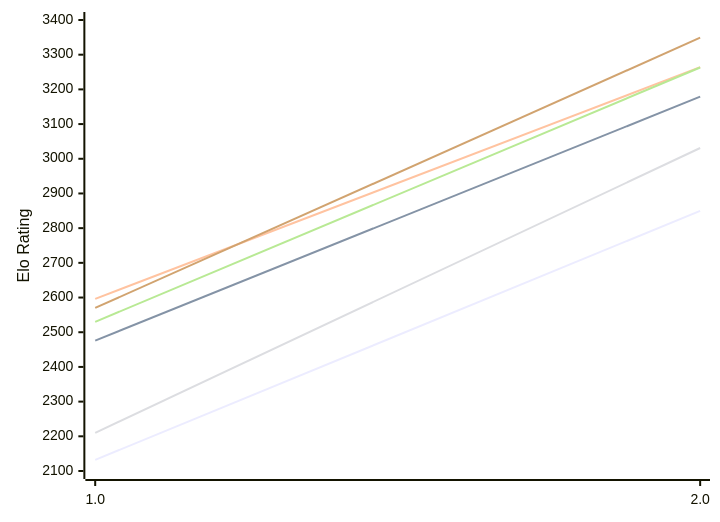
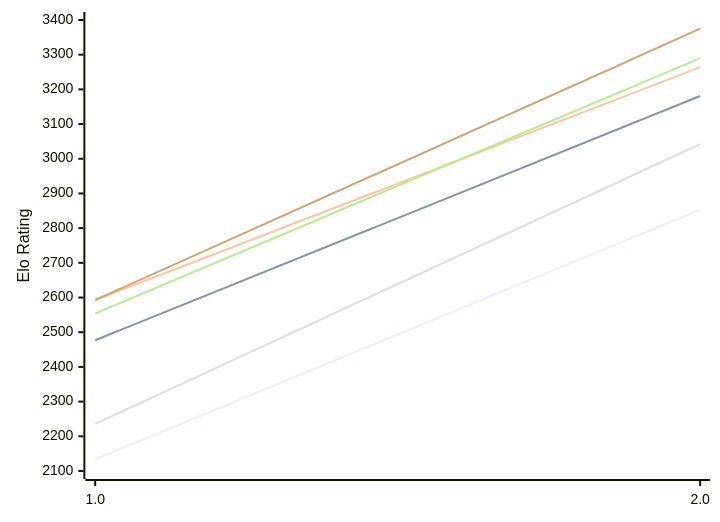
The diagram in engines/Scarlet.md (computer-chess-index/cci), drawn with Mermaid before and after one commit. The commit also changed other lines of this file, not shown here.

Commit message:
Update CCI Ratings (ELO VLTC) - 2026-11-04

````diff
--- a/engines/Scarlet.md
+++ b/engines/Scarlet.md
@@ -49,12 +49,12 @@
 ```mermaid
 %%{init: {"theme":"base","themeVariables":{"seriesColors:['#a3a3a3','#222221','#faa371']}}}%%
 xychart-beta
   x-axis ["1.0", "2.0"]
   y-axis "Elo Rating" 2100 --> 3400
-  line "E1: STC (8.0+0.08s)" [2132, 2850]
-  line "E1: LTC (60.0+0.60s)" [2476, 3179]
-  line "E1: VLTC (2m24s+1.12s)" [2596, 3264]
-  line "P1: STC (8.0+0.08s)" [2210, 3031]
-  line "P1: LTC (60.0+0.60s)" [2530, 3263]
-  line "P1: VLTC (2m24s+1.12s)" [2570, 3349]
+  line "E1: STC (8.0+0.08s)" [2134, 2853]
+  line "E1: LTC (60.0+0.60s)" [2477, 3181]
+  line "E1: VLTC (2m24s+1.12s)" [2593, 3264]
+  line "P1: STC (8.0+0.08s)" [2236, 3042]
+  line "P1: LTC (60.0+0.60s)" [2554, 3290]
+  line "P1: VLTC (2m24s+1.12s)" [2593, 3375]
 ```
````
